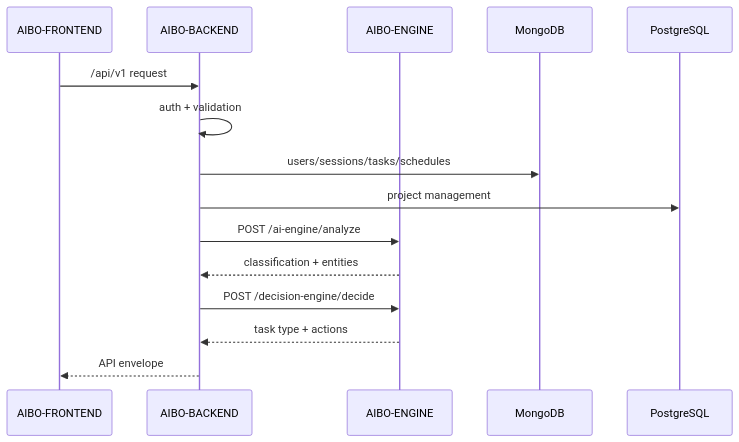
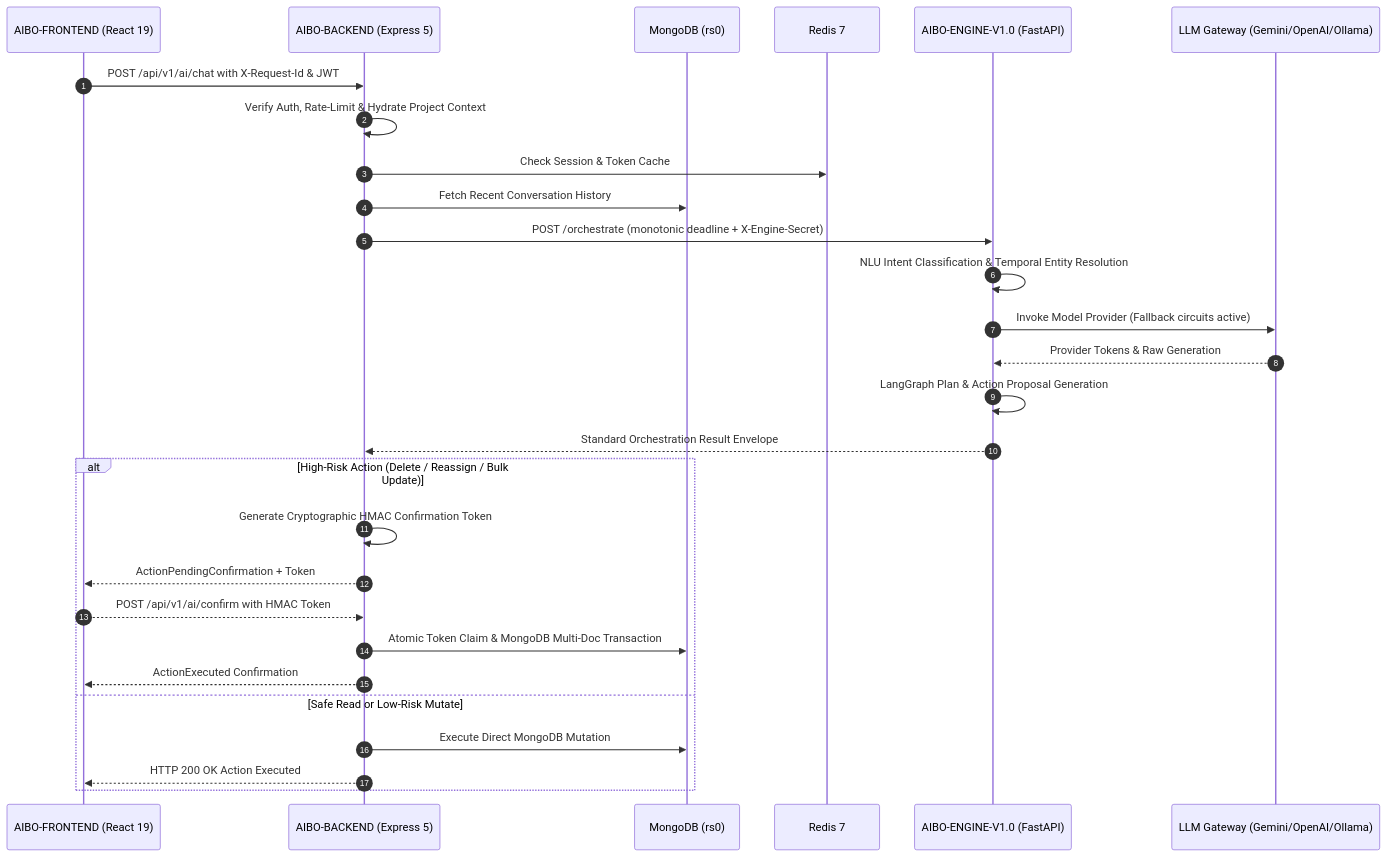
The diagram in diagrams/service-communication.mmd (AIBO-ASSISTANT/.github), drawn with Mermaid before and after one commit. The commit also changed 55 other files, not shown here.

Commit message:
docs: add comprehensive architecture, security, deployment, and onboarding documentation for the AIBO Assistant platform

```diff
--- a/diagrams/service-communication.mmd
+++ b/diagrams/service-communication.mmd
@@ -1,15 +1,29 @@
 sequenceDiagram
-  participant F as AIBO-FRONTEND
-  participant B as AIBO-BACKEND
-  participant E as AIBO-ENGINE
-  participant M as MongoDB
-  participant P as PostgreSQL
-  F->>B: /api/v1 request
-  B->>B: auth + validation
-  B->>M: users/sessions/tasks/schedules
-  B->>P: project management
-  B->>E: POST /ai-engine/analyze
-  E-->>B: classification + entities
-  B->>E: POST /decision-engine/decide
-  E-->>B: task type + actions
-  B-->>F: API envelope
+  autonumber
+  participant F as AIBO-FRONTEND (React 19)
+  participant B as AIBO-BACKEND (Express 5)
+  participant M as MongoDB (rs0)
+  participant R as Redis 7
+  participant E as AIBO-ENGINE-V1.0 (FastAPI)
+  participant G as LLM Gateway (Gemini/OpenAI/Ollama)
+
+  F->>B: POST /api/v1/ai/chat with X-Request-Id & JWT
+  B->>B: Verify Auth, Rate-Limit & Hydrate Project Context
+  B->>R: Check Session & Token Cache
+  B->>M: Fetch Recent Conversation History
+  B->>E: POST /orchestrate (monotonic deadline + X-Engine-Secret)
+  E->>E: NLU Intent Classification & Temporal Entity Resolution
+  E->>G: Invoke Model Provider (Fallback circuits active)
+  G-->>E: Provider Tokens & Raw Generation
+  E->>E: LangGraph Plan & Action Proposal Generation
+  E-->>B: Standard Orchestration Result Envelope
+  alt High-Risk Action (Delete / Reassign / Bulk Update)
+    B->>B: Generate Cryptographic HMAC Confirmation Token
+    B-->>F: ActionPendingConfirmation + Token
+    F-->>B: POST /api/v1/ai/confirm with HMAC Token
+    B->>M: Atomic Token Claim & MongoDB Multi-Doc Transaction
+    B-->>F: ActionExecuted Confirmation
+  else Safe Read or Low-Risk Mutate
+    B->>M: Execute Direct MongoDB Mutation
+    B-->>F: HTTP 200 OK Action Executed
+  end
```
